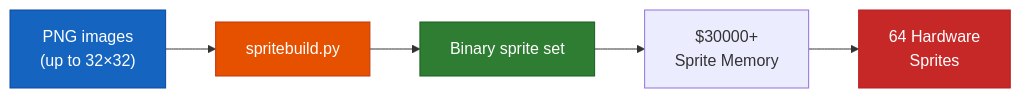
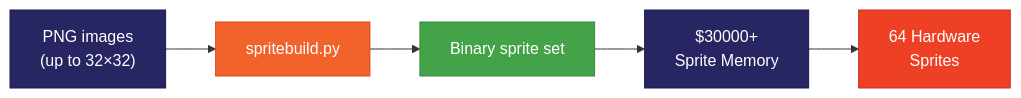
One commit to FoenixRetro/f256-superbasic changed the diagram in sphinx-docs/guide/sprites.md. Above: the diagram before and after it, drawn with Mermaid. The commit also changed 13 other files, not shown here.

````diff
--- a/sphinx-docs/guide/sprites.md
+++ b/sphinx-docs/guide/sprites.md
@@ -53,12 +53,12 @@
 ```{mermaid}
 flowchart LR
-    PNG["PNG images<br/>(up to 32×32)"] --> BUILD["spritebuild.py"]
-    BUILD --> BIN["Binary sprite set"]
-    BIN --> MEM["$30000+<br/>Sprite Memory"]
-    MEM --> HW["64 Hardware<br/>Sprites"]
+    classDef primary fill:#272662,color:#fff,stroke:#1a1a4a
+    classDef secondary fill:#F1632B,color:#fff,stroke:#d14a1a
+    classDef accent fill:#44A348,color:#fff,stroke:#358a38
+    classDef alert fill:#EE4025,color:#fff,stroke:#c4301c
 
-    style PNG fill:#1565c0,color:#fff,stroke:#0d47a1
-    style BUILD fill:#e65100,color:#fff,stroke:#bf360c
-    style BIN fill:#2e7d32,color:#fff,stroke:#1b5e20
-    style HW fill:#c62828,color:#fff,stroke:#b71c1c
+    PNG["PNG images<br/>(up to 32×32)"]:::primary --> BUILD["spritebuild.py"]:::secondary
+    BUILD --> BIN["Binary sprite set"]:::accent
+    BIN --> MEM["$30000+<br/>Sprite Memory"]:::primary
+    MEM --> HW["64 Hardware<br/>Sprites"]:::alert
 ```
````
